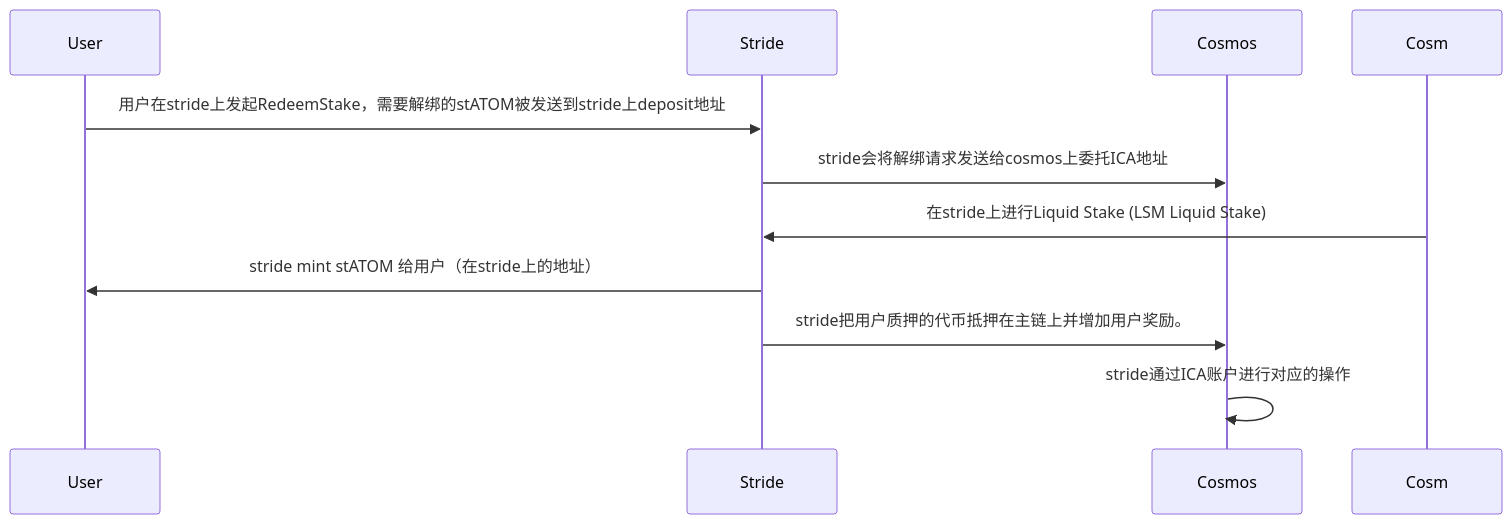
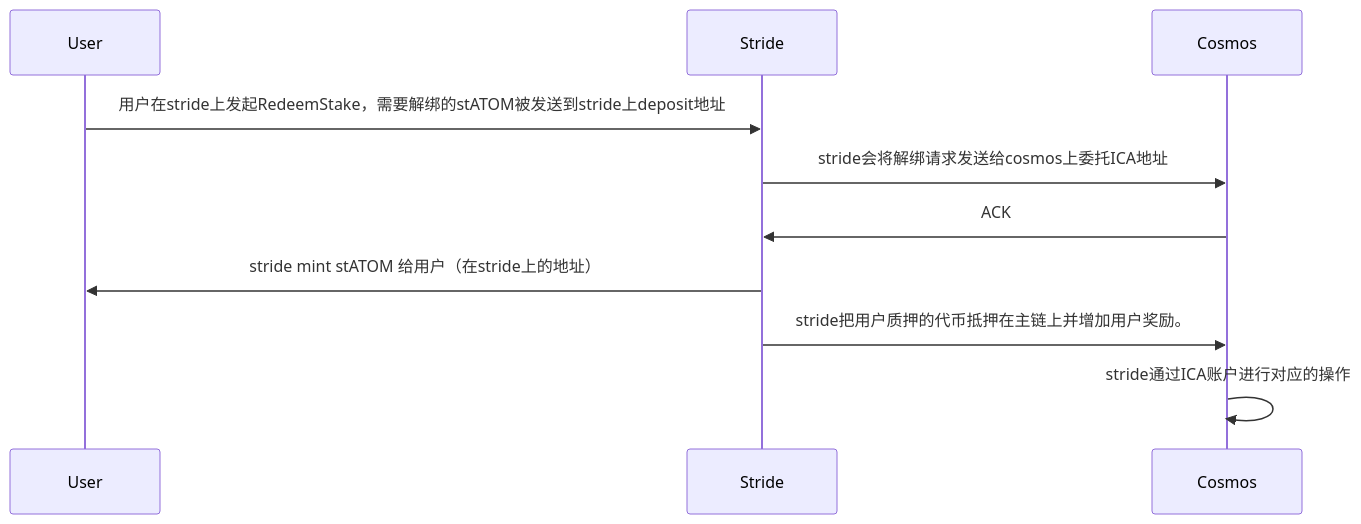
One commit to yingjianzh/iodraw-files changed the diagram in all/unbonding.md. Above: the diagram before and after it, drawn with Mermaid.

Commit message:
2024-03-28 15:03:40 update

````diff
--- a/all/unbonding.md
+++ b/all/unbonding.md
@@ -1,9 +1,9 @@
 ```mermaid
 sequenceDiagram
     User->>Stride: 用户在stride上发起RedeemStake，需要解绑的stATOM被发送到stride上deposit地址
     Stride->>Cosmos: stride会将解绑请求发送给cosmos上委托ICA地址
-    Cosm->>Stride: 在stride上进行Liquid Stake (LSM Liquid Stake)
+    Cosmos->>Stride: ACK
     Stride->>User: stride mint stATOM 给用户（在stride上的地址）
     Stride->>Cosmos: stride把用户质押的代币抵押在主链上并增加用户奖励。
     Cosmos->>Cosmos: stride通过ICA账户进行对应的操作
 ```
````
